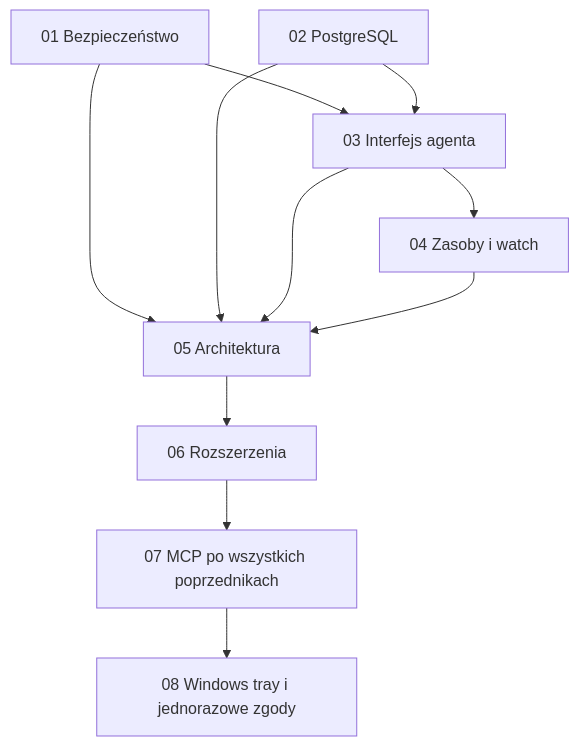
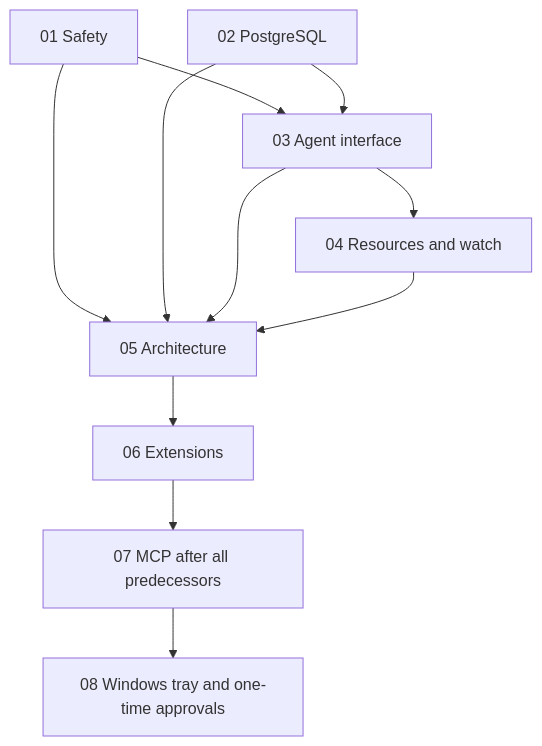
Before and after one commit to rgonek/sqlharness: the diagram in docs/superpowers/plans/2026-09-26-audit-roadmap.md, drawn with Mermaid. The commit also changed other lines of this file and 52 other files, not shown here.

````diff
--- a/docs/superpowers/plans/2026-09-26-audit-roadmap.md
+++ b/docs/superpowers/plans/2026-09-26-audit-roadmap.md
@@ -22,13 +22,13 @@
 ```mermaid
 flowchart TD
-    A[01 Bezpieczeństwo] --> C[03 Interfejs agenta]
+    A[01 Safety] --> C[03 Agent interface]
     B[02 PostgreSQL] --> C
-    C --> D[04 Zasoby i watch]
-    A --> E[05 Architektura]
+    C --> D[04 Resources and watch]
+    A --> E[05 Architecture]
     B --> E
     C --> E
     D --> E
-    E --> F[06 Rozszerzenia]
-    F --> G[07 MCP po wszystkich poprzednikach]
-    G --> H[08 Windows tray i jednorazowe zgody]
+    E --> F[06 Extensions]
+    F --> G[07 MCP after all predecessors]
+    G --> H[08 Windows tray and one-time approvals]
 ```
````
